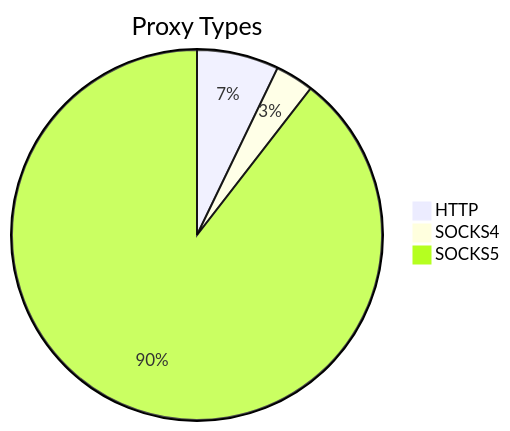
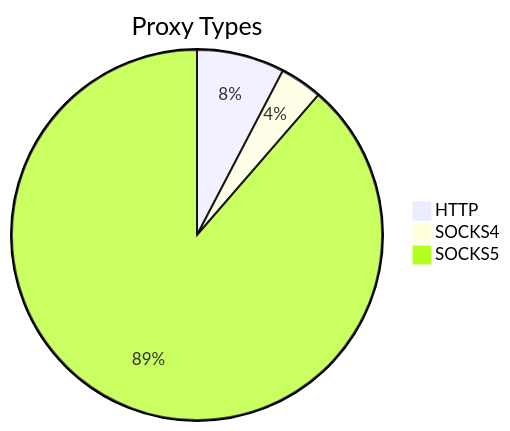
One commit to stormsia/proxy-list changed the first of 2 diagrams in README.md. Above: the diagram before and after it, drawn with Mermaid. The commit also changed other lines of this file, not shown here.

````diff
--- a/README.md
+++ b/README.md
@@ -21,6 +21,6 @@
 ```mermaid
 pie title Proxy Types
-    "HTTP" : 212
-    "SOCKS4" : 99
-    "SOCKS5" : 2652
+    "HTTP" : 124
+    "SOCKS4" : 60
+    "SOCKS5" : 1435
 ```
````
